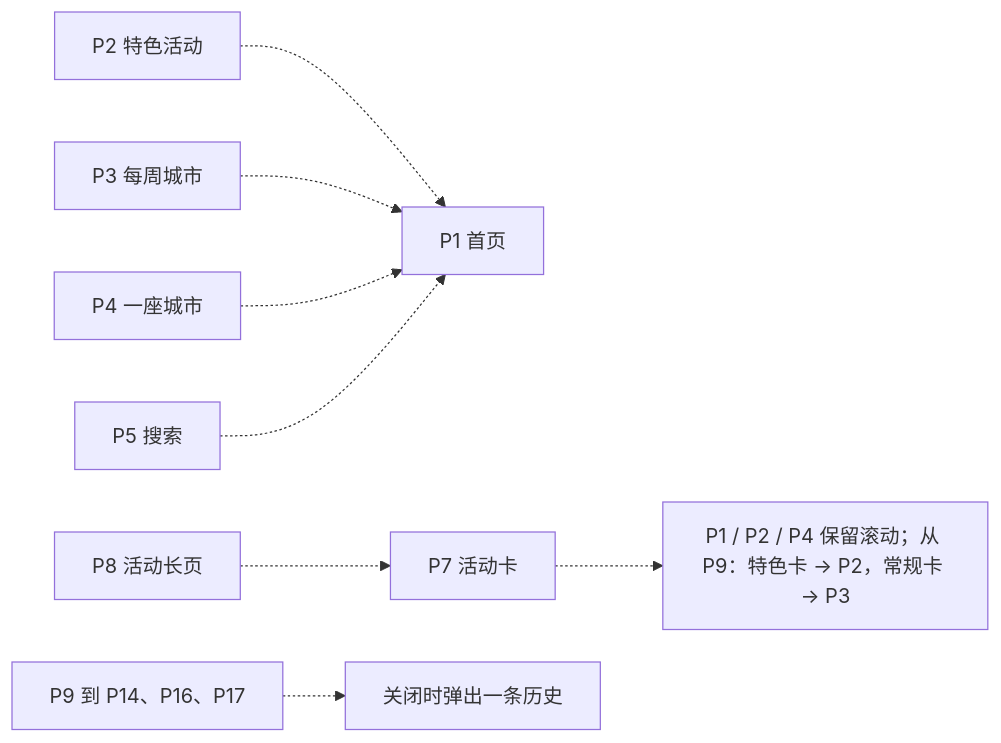
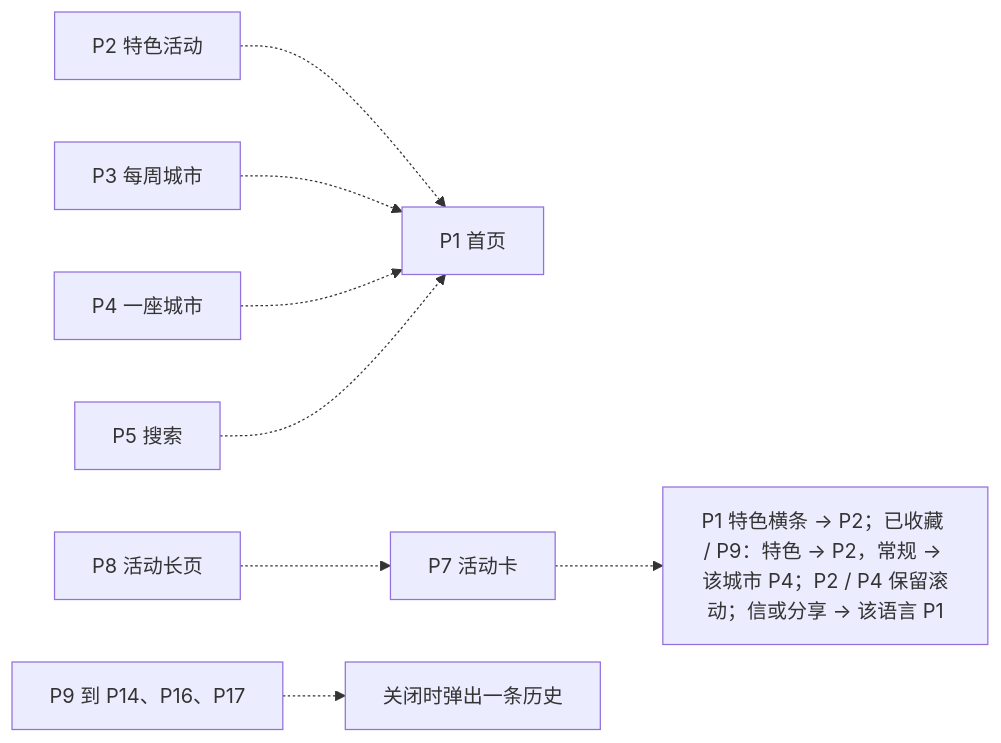
Before and after one commit to Shiao64/my1: the second of 2 diagrams in docs/atm-navigation-interaction-spec.md, drawn with Mermaid. The commit also changed other lines of this file and 5 other files, not shown here.

````diff
--- a/docs/atm-navigation-interaction-spec.md
+++ b/docs/atm-navigation-interaction-spec.md
@@ -214,10 +214,10 @@
 ```mermaid
 flowchart LR
   P2["P2 特色活动"] -.-> P1["P1 首页"]
   P3["P3 每周城市"] -.-> P1
   P4["P4 一座城市"] -.-> P1
   P5["P5 搜索"] -.-> P1
-  P7["P7 活动卡"] -.-> opener["P1 / P2 / P4 保留滚动；从 P9：特色卡 → P2，常规卡 → P3"]
+  P7["P7 活动卡"] -.-> opener["P1 特色横条 → P2；已收藏 / P9：特色 → P2，常规 → 该城市 P4；P2 / P4 保留滚动；信或分享 → 该语言 P1"]
   P8["P8 活动长页"] -.-> P7
   sheets["P9 到 P14、P16、P17"] -.-> one["关闭时弹出一条历史"]
 ```
````
